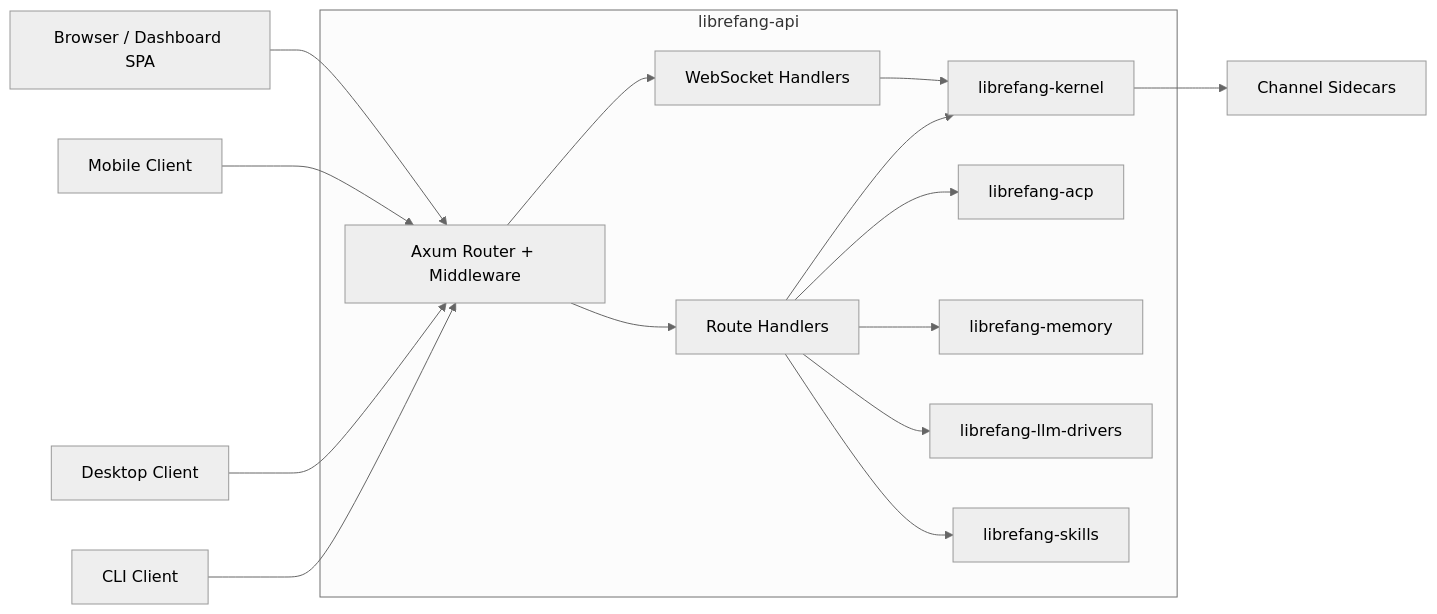
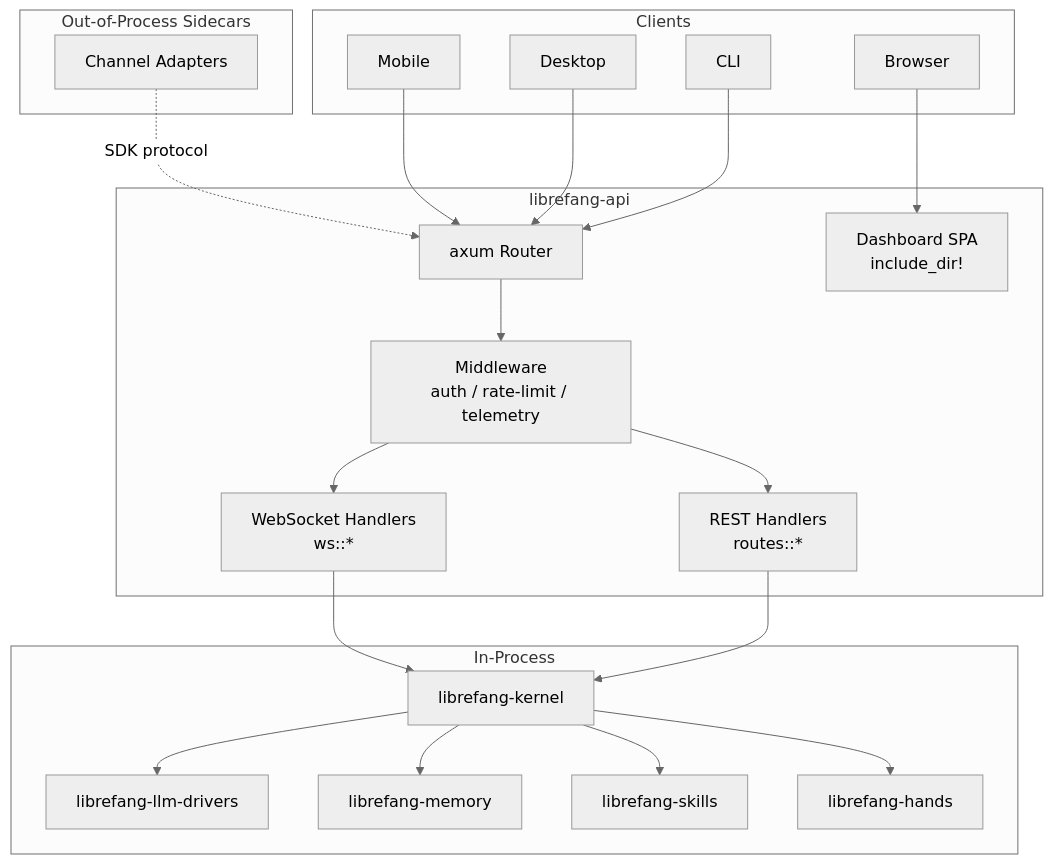
One commit to leszek3737/librefang-WIki changed the diagram in other-librefang-api.md. Above: the diagram before and after it, drawn with Mermaid (neutral theme). The commit also changed other lines of this file and 126 other files, not shown here.

````diff
--- a/other-librefang-api.md
+++ b/other-librefang-api.md
@@ -9,26 +9,44 @@
 ```mermaid
-graph LR
-    CLI[CLI Client]
-    Desktop[Desktop Client]
-    Mobile[Mobile Client]
-    Browser[Browser / Dashboard SPA]
-
-    CLI --> API
-    Desktop --> API
-    Mobile --> API
-    Browser --> API
-
-    subgraph librefang-api
-        API[Axum Router + Middleware]
-        API --> Routes[Route Handlers]
-        API --> WS[WebSocket Handlers]
-        Routes --> Kernel[librefang-kernel]
-        WS --> Kernel
-        Routes --> ACP[librefang-acp]
-        Routes --> Memory[librefang-memory]
-        Routes --> LLM[librefang-llm-drivers]
-        Routes --> Skills[librefang-skills]
+graph TD
+    subgraph Clients
+        CLI[CLI]
+        Desktop[Desktop]
+        Mobile[Mobile]
+        Browser[Browser]
     end
 
-    Kernel --> Sidecars[Channel Sidecars]
+    subgraph "librefang-api"
+        Router[axum Router]
+        MW[Middleware<br/>auth / rate-limit / telemetry]
+        REST[REST Handlers<br/>routes::*]
+        WS[WebSocket Handlers<br/>ws::*]
+        SPA[Dashboard SPA<br/>include_dir!]
+    end
+
+    subgraph "In-Process"
+        Kernel[librefang-kernel]
+        LLM[librefang-llm-drivers]
+        Memory[librefang-memory]
+        Skills[librefang-skills]
+        Hands[librefang-hands]
+    end
+
+    subgraph "Out-of-Process Sidecars"
+        ChannelAdapters[Channel Adapters]
+    end
+
+    CLI --> Router
+    Desktop --> Router
+    Mobile --> Router
+    Browser --> SPA
+    Router --> MW
+    MW --> REST
+    MW --> WS
+    REST --> Kernel
+    WS --> Kernel
+    Kernel --> LLM
+    Kernel --> Memory
+    Kernel --> Skills
+    Kernel --> Hands
+    ChannelAdapters -.->|SDK protocol| Router
 ```
````
